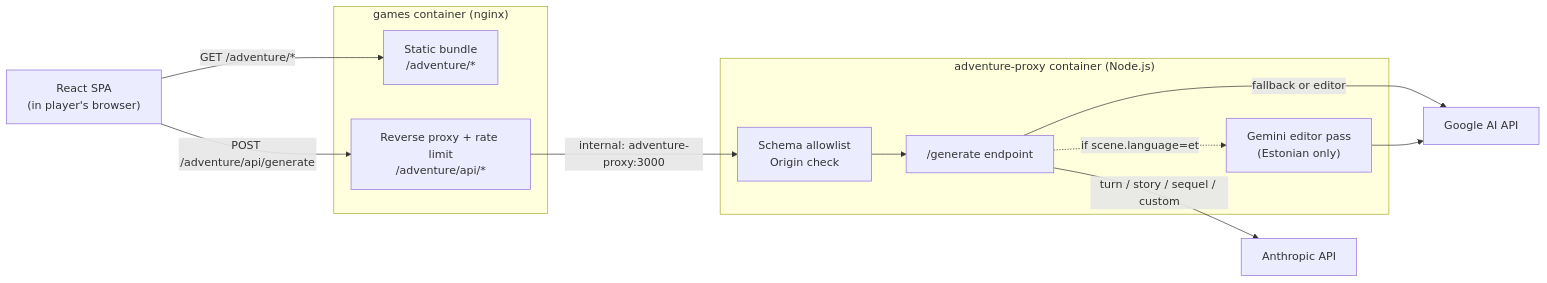
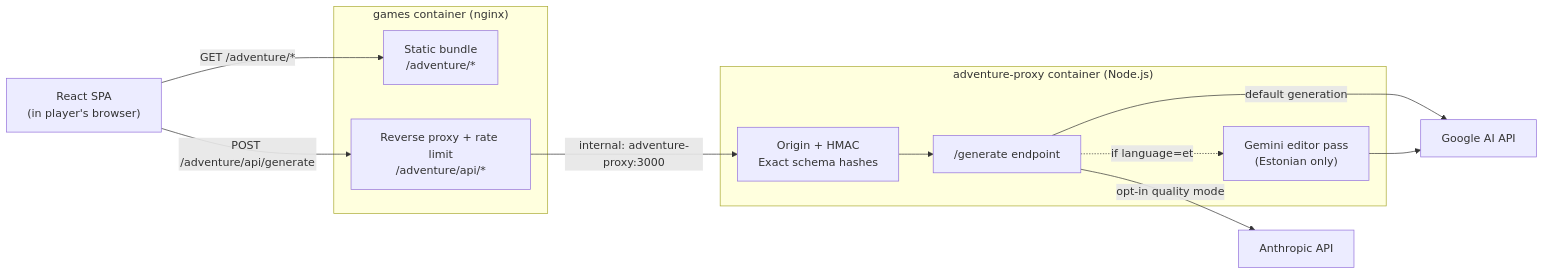
One commit to khelias/ai-adventure-engine changed the second of 7 diagrams in docs/ARCHITECTURE.md. Above: the diagram before and after it, drawn with Mermaid. The commit also changed other lines of this file and 17 other files, not shown here.

````diff
--- a/docs/ARCHITECTURE.md
+++ b/docs/ARCHITECTURE.md
@@ -38,24 +38,24 @@
 ```mermaid
 flowchart LR
     Browser["React SPA<br/>(in player's browser)"]
     subgraph "games container (nginx)"
         NginxStatic["Static bundle<br/>/adventure/*"]
         NginxProxy["Reverse proxy + rate limit<br/>/adventure/api/*"]
     end
     subgraph "adventure-proxy container (Node.js)"
         Endpoint["/generate endpoint"]
         EditorPass["Gemini editor pass<br/>(Estonian only)"]
-        SchemaGuard["Schema allowlist<br/>Origin check"]
+        SchemaGuard["Origin + HMAC<br/>Exact schema hashes"]
     end
     Anthropic["Anthropic API"]
     Google["Google AI API"]
 
     Browser -->|"GET /adventure/*"| NginxStatic
     Browser -->|"POST /adventure/api/generate"| NginxProxy
     NginxProxy -->|"internal: adventure-proxy:3000"| SchemaGuard
     SchemaGuard --> Endpoint
-    Endpoint -->|"turn / story / sequel / custom"| Anthropic
-    Endpoint -->|"fallback or editor"| Google
-    Endpoint -.->|"if scene.language=et"| EditorPass
+    Endpoint -->|"opt-in quality mode"| Anthropic
+    Endpoint -->|"default generation"| Google
+    Endpoint -.->|"if language=et"| EditorPass
     EditorPass --> Google
 ```
````
